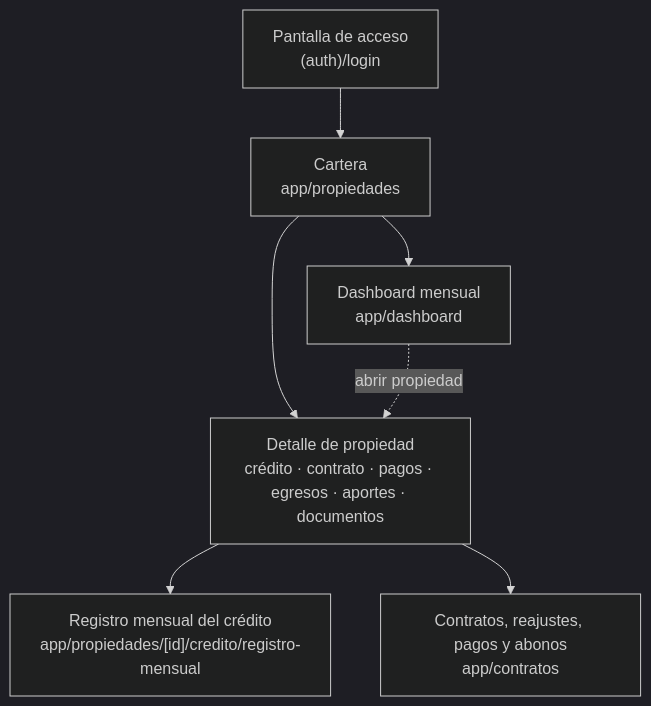
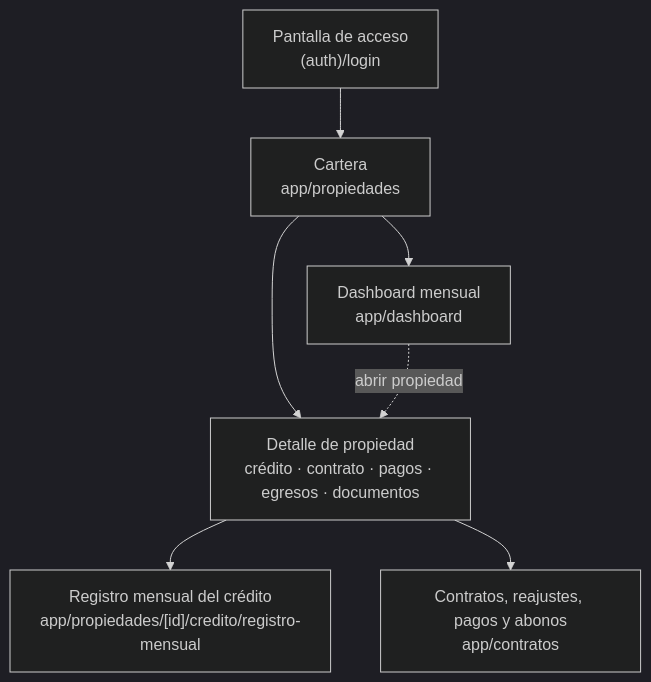
One commit to elianasaraith/feature-entrega-1-ESRF changed the first of 5 diagrams in readme.md. Above: the diagram before and after it, drawn with Mermaid (dark theme). The commit also changed other lines of this file and 40 other files, not shown here.

````diff
--- a/readme.md
+++ b/readme.md
@@ -128,9 +129,9 @@
 ```mermaid
 flowchart TD
     Login["Pantalla de acceso<br/>(auth)/login"] --> Cartera["Cartera<br/>app/propiedades"]
-    Cartera --> Detalle["Detalle de propiedad<br/>crédito · contrato · pagos · egresos · aportes · documentos"]
+    Cartera --> Detalle["Detalle de propiedad<br/>crédito · contrato · pagos · egresos · documentos"]
     Cartera --> Dashboard["Dashboard mensual<br/>app/dashboard"]
     Detalle --> Registro["Registro mensual del crédito<br/>app/propiedades/[id]/credito/registro-mensual"]
     Detalle --> Contrato["Contratos, reajustes, pagos y abonos<br/>app/contratos"]
     Dashboard -.->|"abrir propiedad"| Detalle
 ```
````
